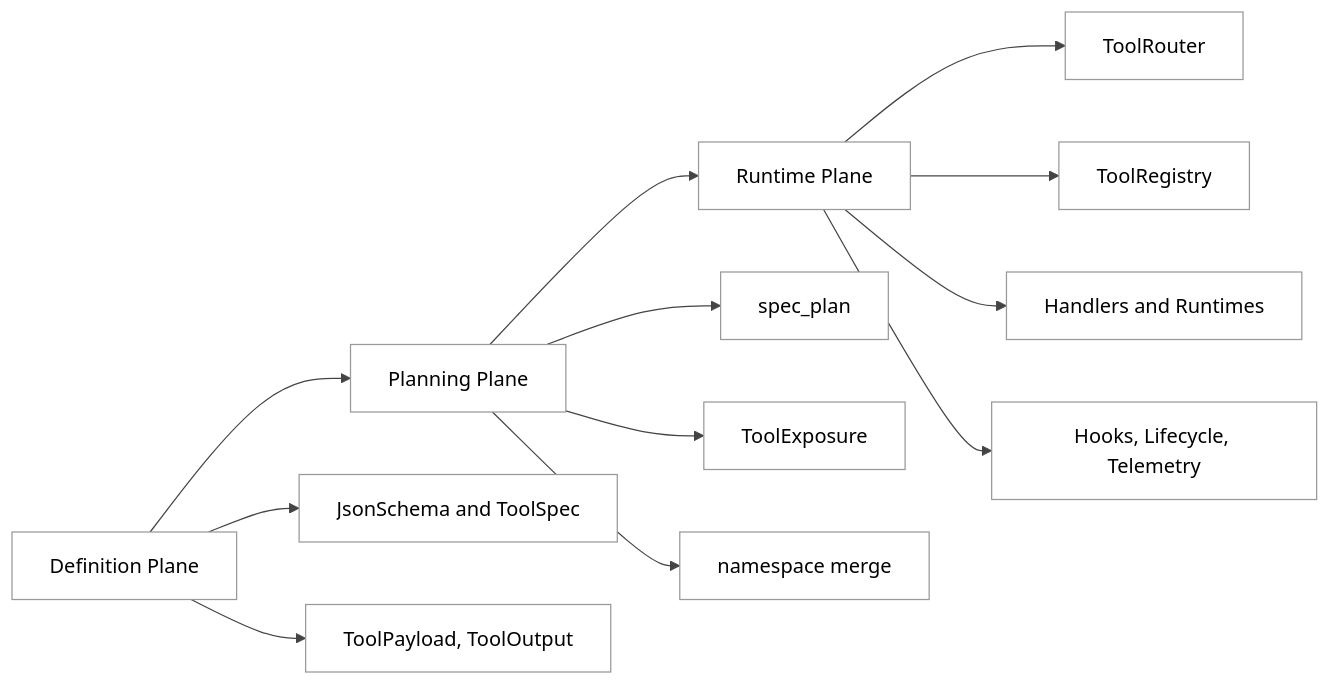
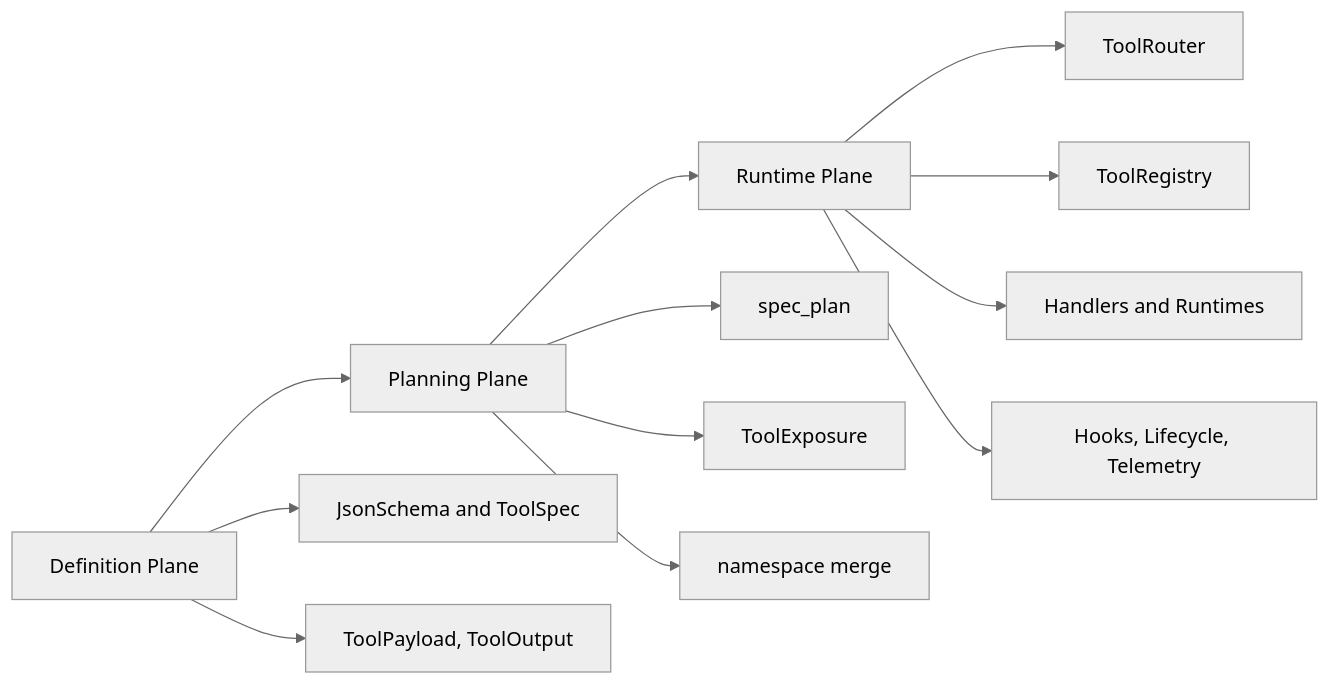
Before and after one commit to GLBB/codex-source-analysis: the first of 5 diagrams in Part II Source Analysis/09-工具系统总览.md, drawn with Mermaid. The commit also changed other lines of this file and 29 other files, not shown here.

````diff
--- a/Part II Source Analysis/09-工具系统总览.md
+++ b/Part II Source Analysis/09-工具系统总览.md
@@ -122,15 +122,15 @@
 ```mermaid
-%%{init: {"theme":"neutral","themeCSS":"svg { background: #ffffff !important; } .label, .nodeLabel, .edgeLabel, .messageText, text { fill: #000000 !important; color: #000000 !important; }","themeVariables":{"background":"#ffffff","mainBkg":"#ffffff","primaryColor":"#ffffff","secondaryColor":"#ffffff","tertiaryColor":"#ffffff","primaryTextColor":"#000000","textColor":"#000000","lineColor":"#444444","primaryBorderColor":"#333333","clusterBkg":"#ffffff","clusterBorder":"#888888","edgeLabelBackground":"#ffffff","fontFamily":"Helvetica"}}}%%
+%%{init:{'theme':'neutral','themeVariables':{'background':'#ffffff'}}}%%
 flowchart LR
     DefPlane["Definition Plane"] --> PlanPlane["Planning Plane"]
     PlanPlane --> RuntimePlane["Runtime Plane"]
     DefPlane --> DefNodeA["JsonSchema and ToolSpec"]
     DefPlane --> DefNodeB["ToolPayload, ToolOutput"]
     PlanPlane --> PlanNodeA["spec_plan"]
     PlanPlane --> PlanNodeB["ToolExposure"]
     PlanPlane --> PlanNodeC["namespace merge"]
     RuntimePlane --> RunNodeA["ToolRouter"]
     RuntimePlane --> RunNodeB["ToolRegistry"]
     RuntimePlane --> RunNodeC["Handlers and Runtimes"]
     RuntimePlane --> RunNodeD["Hooks, Lifecycle, Telemetry"]
 ```
````
